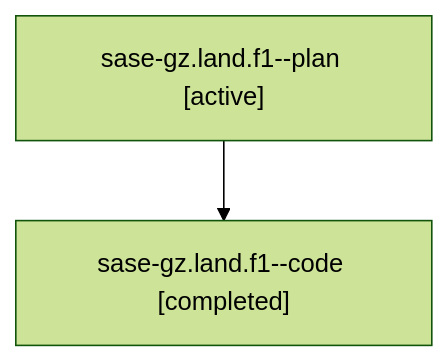
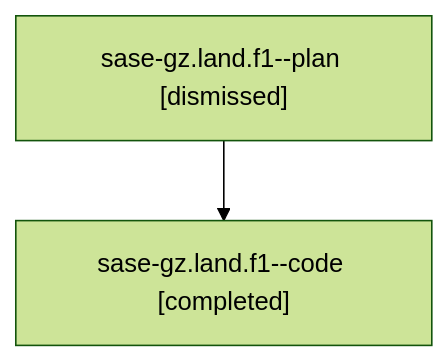
Before and after one commit to sase-org/sase--agents: the diagram in sessions/bbugyi200.athena.sase-gz.land.f1.md, drawn with Mermaid (forest theme). The commit also changed other lines of this file and 58 other files, not shown here.

````diff
--- a/sessions/bbugyi200.athena.sase-gz.land.f1.md
+++ b/sessions/bbugyi200.athena.sase-gz.land.f1.md
@@ -9,6 +9,6 @@
 ```mermaid
 flowchart TD
-  n0["sase-gz.land.f1--plan [active]"]
+  n0["sase-gz.land.f1--plan [dismissed]"]
   n1["sase-gz.land.f1--code [completed]"]
   n0 --> n1
 ```
````
